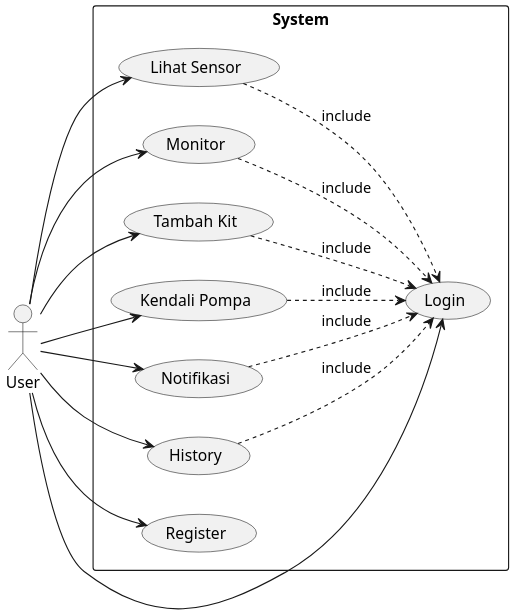
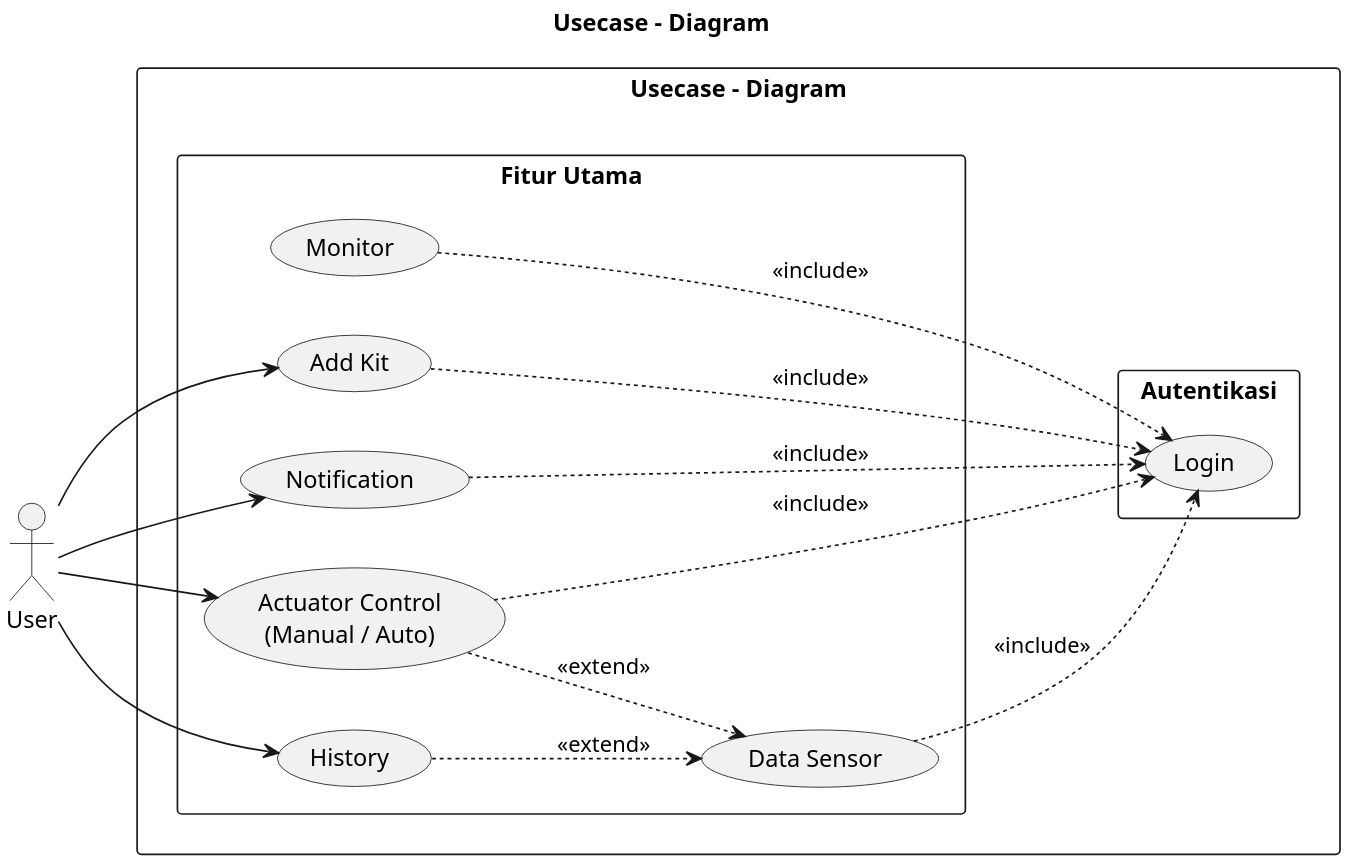
One commit to DarmawanWisnu/flutter-cea-system changed the diagram in docs/diagrams/usecase/usecase_detailed.puml. Above: the diagram before and after it, drawn with PlantUML. The commit also changed 1 other file, not shown here.

Commit message:
update usecase

```diff
--- a/docs/diagrams/usecase/usecase_detailed.puml
+++ b/docs/diagrams/usecase/usecase_detailed.puml
@@ -1,37 +1,43 @@
-@startuml
-scale 2
+@startuml Usecase - Diagram
+scale 3
 skinparam monochrome true
 skinparam shadowing false
 left to right direction
 skinparam actorStyle stick
 
+title Usecase - Diagram
+
 actor User
 
-rectangle System {
-  usecase UC1 as "Lihat Sensor"
-  usecase UC2 as "Monitor"
-  usecase UC3 as "Tambah Kit"
-  usecase UC4 as "Kendali Pompa"
-  usecase UC5 as "Notifikasi"
-  usecase UC6 as "History"
-  usecase UC7 as "Login"
-  usecase UC8 as "Register"
+rectangle "Usecase - Diagram" {
+  rectangle "Fitur Utama" {
+    usecase UC1 as "Add Kit"
+    usecase UC2 as "Notification"
+    usecase UC3 as "Actuator Control\n(Manual / Auto)"
+    usecase UC4 as "History"
+    usecase UC5 as "Monitor"
+    usecase UC6 as "Data Sensor"
+  }
+  
+  rectangle "Autentikasi" {
+    usecase UC7 as "Login"
+  }
 }
 
 User --> UC1
 User --> UC2
 User --> UC3
 User --> UC4
-User --> UC5
-User --> UC6
-User --> UC7
-User --> UC8
 
-UC1 ..> UC7 : include
-UC2 ..> UC7 : include
-UC3 ..> UC7 : include
-UC4 ..> UC7 : include
-UC5 ..> UC7 : include
-UC6 ..> UC7 : include
+' Relasi extend
+UC4 ..> UC6 : <<extend>>
+UC3 ..> UC6 : <<extend>>
+
+' Relasi include
+UC1 ..> UC7 : <<include>>
+UC2 ..> UC7 : <<include>>
+UC3 ..> UC7 : <<include>>
+UC5 ..> UC7 : <<include>>
+UC6 ..> UC7 : <<include>>
 
 @enduml
```
